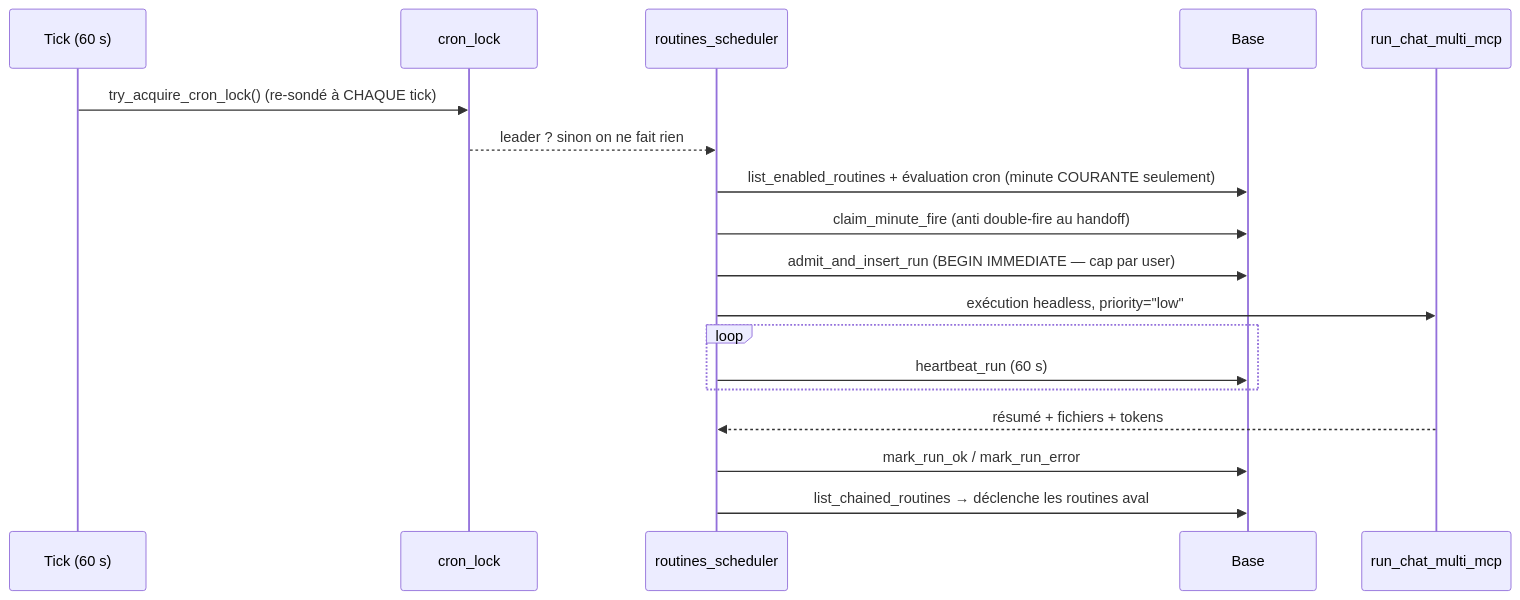
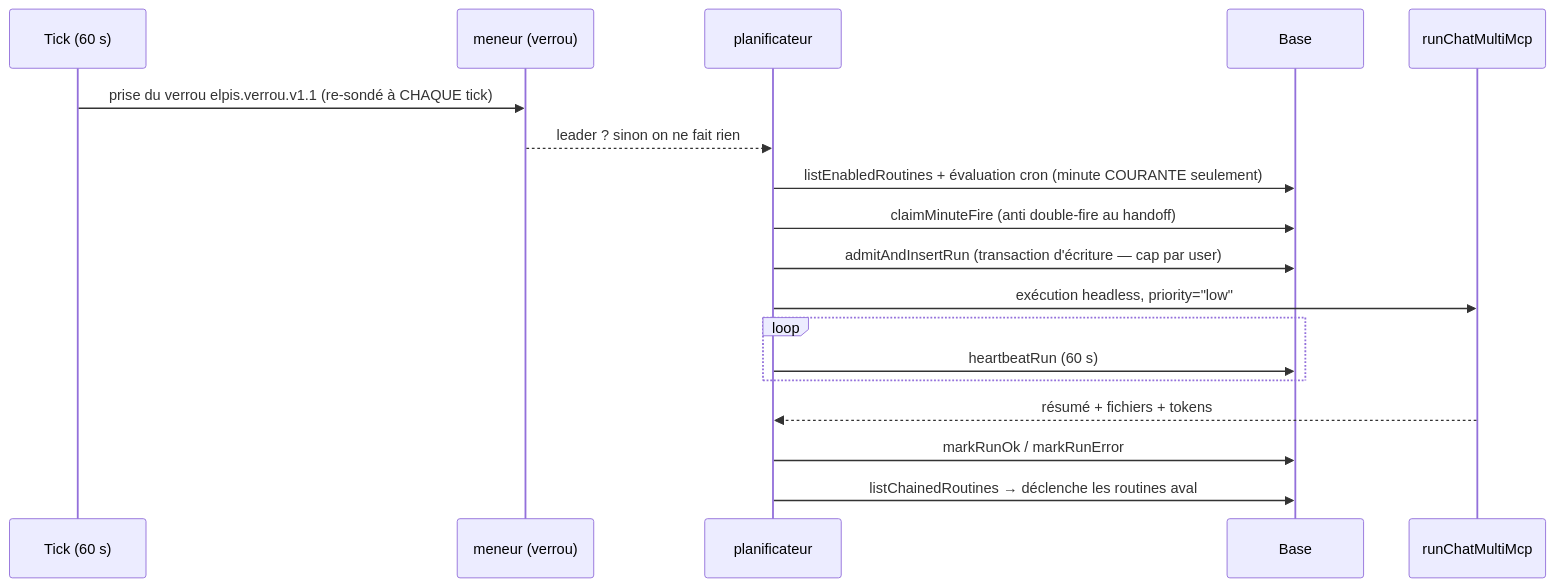
Diagram 16 of 16 in docs/architecture.md (toto-fou/Elpis), drawn with Mermaid before and after one commit. The commit also changed other lines of this file and 2475 other files, not shown here.

````diff
--- a/docs/architecture.md
+++ b/docs/architecture.md
@@ -1280,20 +1392,20 @@
 ```mermaid
 sequenceDiagram
     participant T as Tick (60 s)
-    participant K as cron_lock
-    participant S as routines_scheduler
+    participant K as meneur (verrou)
+    participant S as planificateur
     participant D as Base
-    participant R as run_chat_multi_mcp
-    T->>K: try_acquire_cron_lock() (re-sondé à CHAQUE tick)
+    participant R as runChatMultiMcp
+    T->>K: prise du verrou elpis.verrou.v1.1 (re-sondé à CHAQUE tick)
     K-->>S: leader ? sinon on ne fait rien
-    S->>D: list_enabled_routines + évaluation cron (minute COURANTE seulement)
-    S->>D: claim_minute_fire (anti double-fire au handoff)
-    S->>D: admit_and_insert_run (BEGIN IMMEDIATE — cap par user)
+    S->>D: listEnabledRoutines + évaluation cron (minute COURANTE seulement)
+    S->>D: claimMinuteFire (anti double-fire au handoff)
+    S->>D: admitAndInsertRun (transaction d'écriture — cap par user)
     S->>R: exécution headless, priority="low"
     loop
-        S->>D: heartbeat_run (60 s)
+        S->>D: heartbeatRun (60 s)
     end
     R-->>S: résumé + fichiers + tokens
-    S->>D: mark_run_ok / mark_run_error
-    S->>D: list_chained_routines → déclenche les routines aval
+    S->>D: markRunOk / markRunError
+    S->>D: listChainedRoutines → déclenche les routines aval
 ```
````
